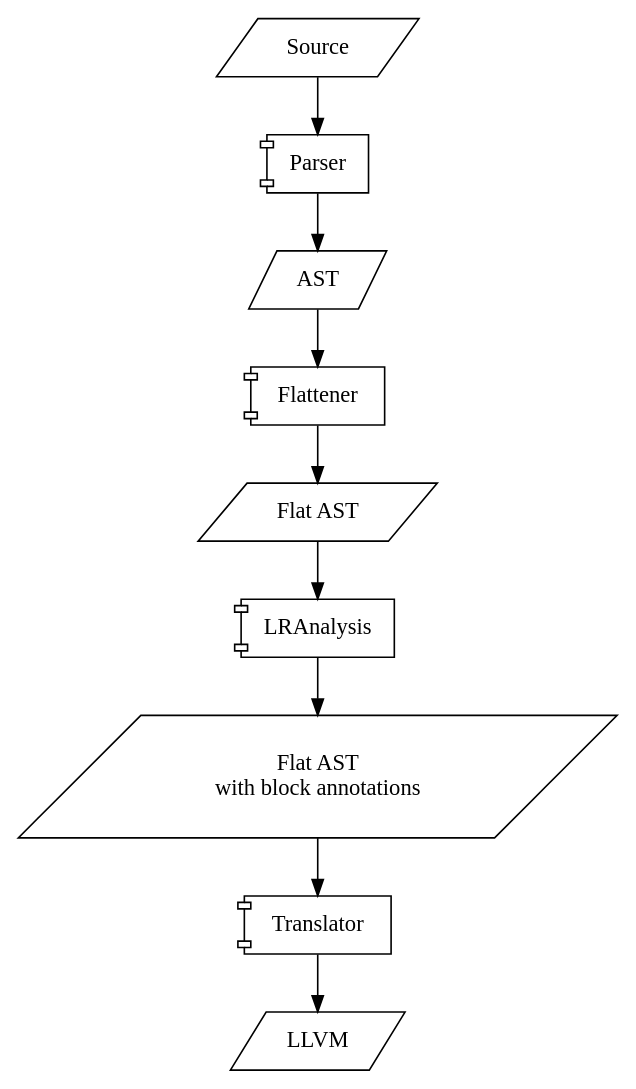
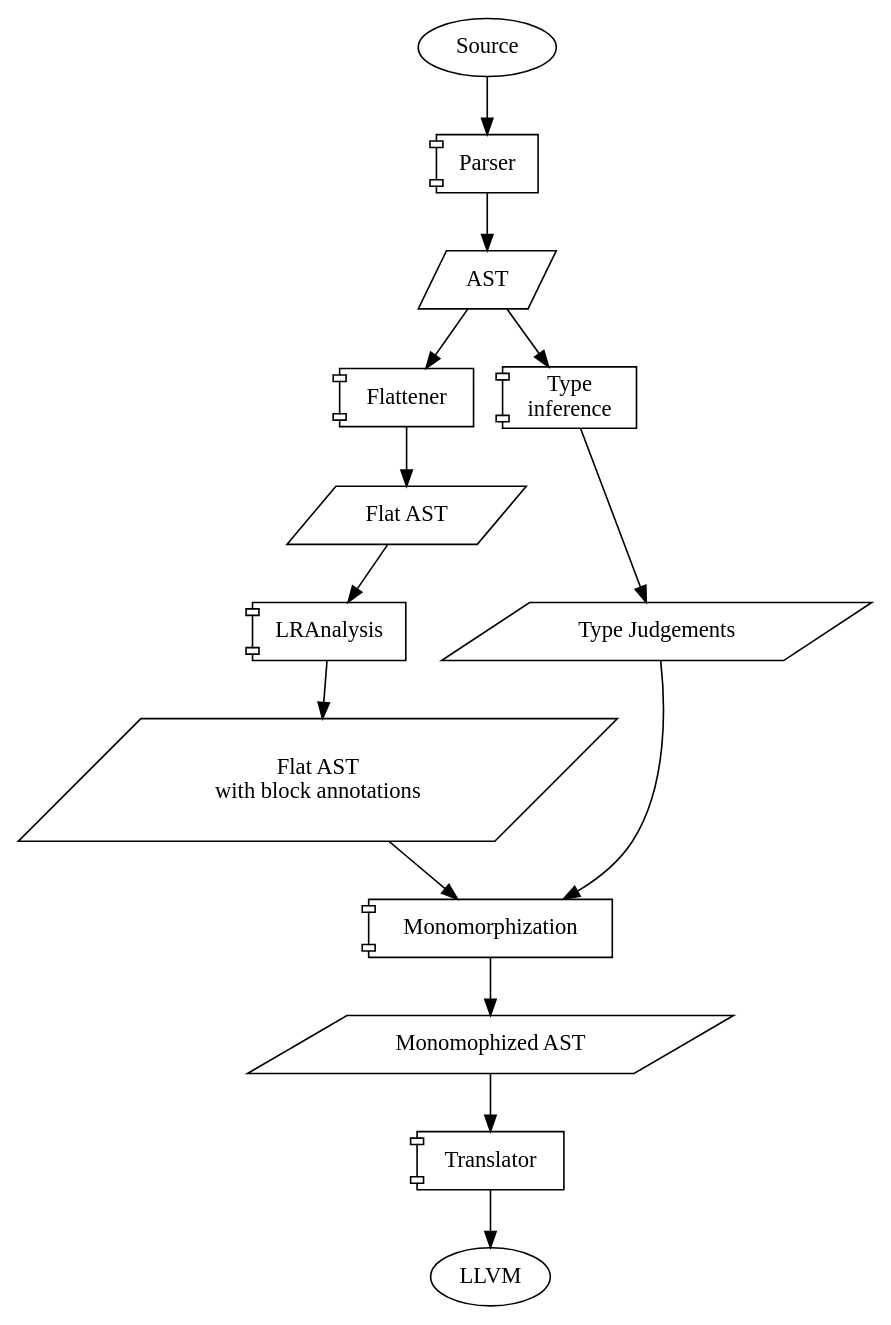
The diagram in doc/diagram.dot (jiriklepl/masters-thesis-code), drawn with Graphviz before and after one commit. The commit also changed 1 other file, not shown here.

Commit message:
updated diagram; added a diagram which shows TODOs

```diff
--- a/doc/diagram.dot
+++ b/doc/diagram.dot
@@ -1,31 +1,40 @@
 digraph {
+    subgraph ends {
+        node [shape="ellipse"]
+
+        Source
+        LLVM
+    }
+
     subgraph data {
         node [shape="parallelogram"]
 
-        subgraph {
-            AST
-            Source
-            FlatAST [label="Flat AST"]
-            FlatASTAnnots [label="Flat AST\nwith block annotations"]
-            LLVM
-        }
+        AST
+        Judgements [label="Type Judgements"]
+        FlatAST [label="Flat AST"]
+        FlatASTAnnots [label="Flat AST\nwith block annotations"]
+        MonoAST [label="Monomophized AST"]
     }
 
     subgraph components {
         node [shape="component"]
 
         Parser
         Flattener
+        Infer [label="Type\ninference"]
         LRAnalysis
+        Monomorphization
         Translator
     }
 
     subgraph decisions {
         node [shape="diamond"]
     }
 
     Source -> Parser -> AST
     AST -> Flattener -> FlatAST
+    AST -> Infer -> Judgements -> Monomorphization
     FlatAST -> LRAnalysis -> FlatASTAnnots
-    FlatASTAnnots -> Translator -> LLVM
+    FlatASTAnnots -> Monomorphization -> MonoAST
+    MonoAST -> Translator -> LLVM
 }
```
